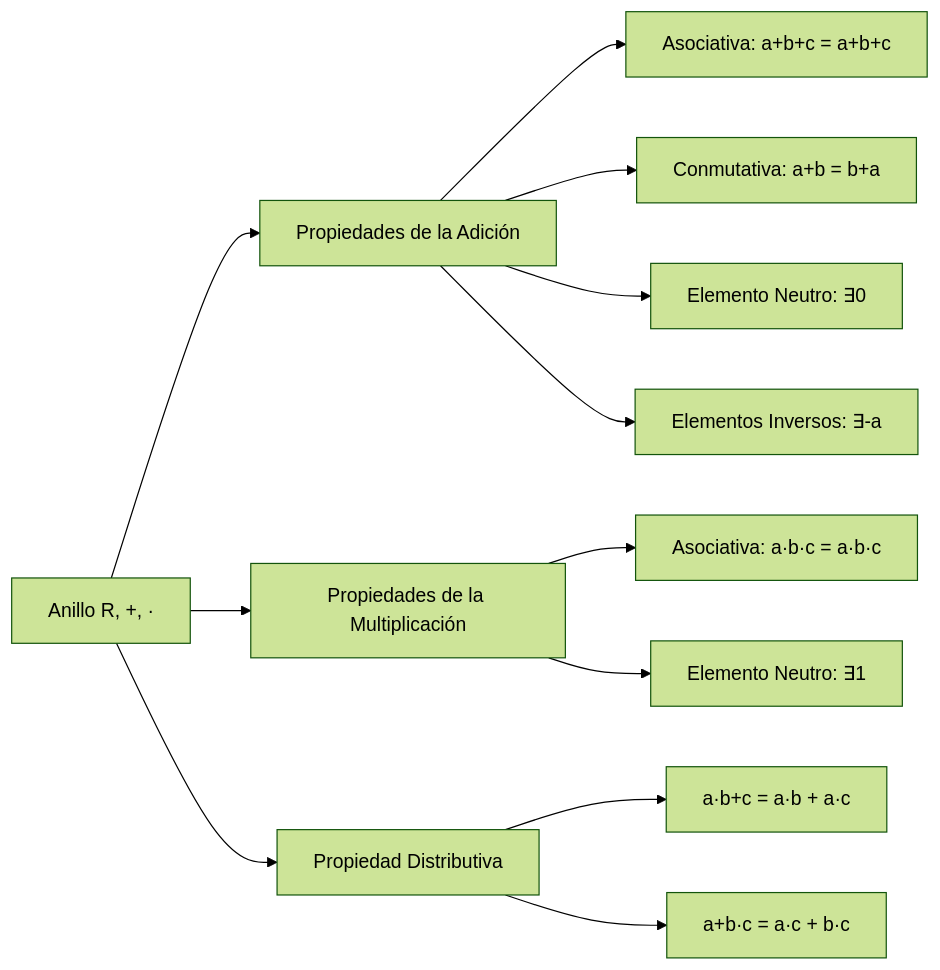
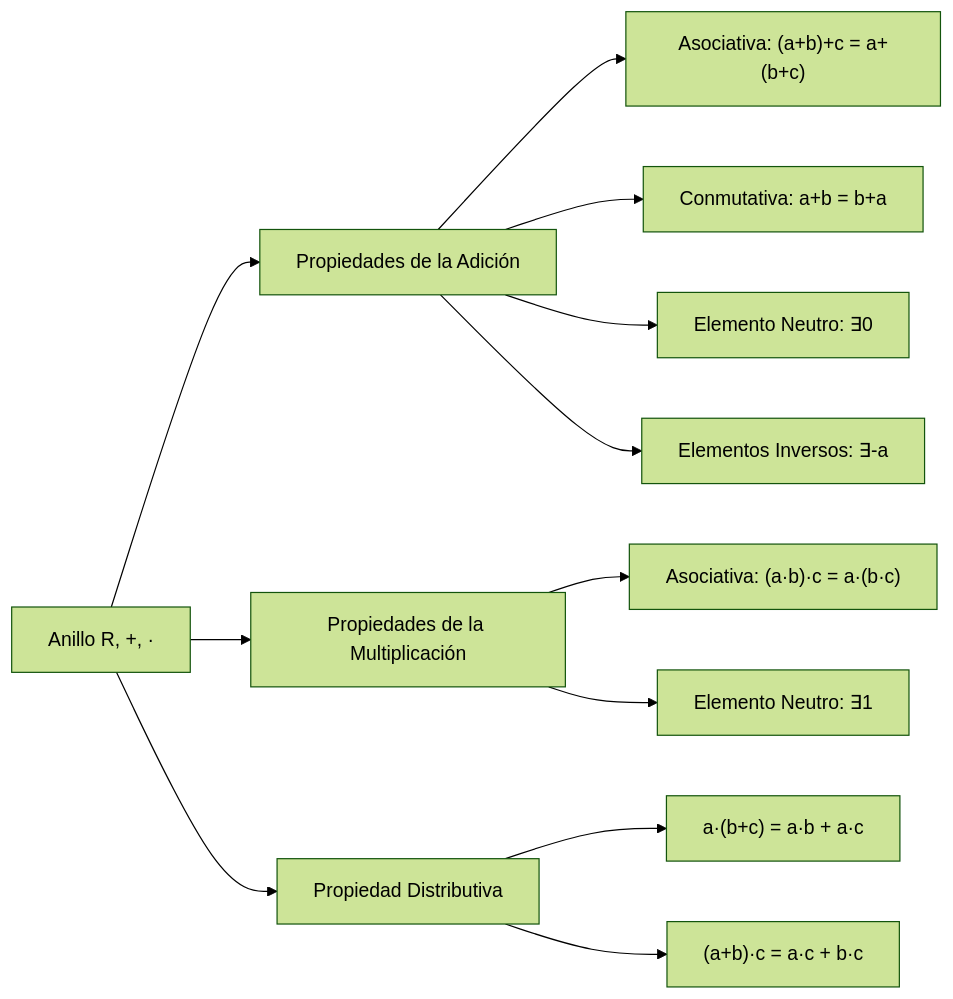
The first of 2 diagrams in public/documents/semester-2/1/2111.md (djaimej/computer-science-template), drawn with Mermaid (forest theme) before and after one commit. The commit also changed other lines of this file and 21 other files, not shown here.

````diff
--- a/public/documents/semester-2/1/2111.md
+++ b/public/documents/semester-2/1/2111.md
@@ -121,19 +121,19 @@
 ```mermaid
 graph LR
     A[Anillo R, +, ·] --> B[Propiedades de la Adición]
     A --> C[Propiedades de la Multiplicación]
     A --> D[Propiedad Distributiva]
 
-    B --> E[Asociativa: a+b+c = a+b+c]
+    B --> E["Asociativa: (a+b)+c = a+(b+c)"]
     B --> F[Conmutativa: a+b = b+a]
     B --> G[Elemento Neutro: ∃0]
     B --> H[Elementos Inversos: ∃-a]
 
-    C --> I[Asociativa: a·b·c = a·b·c]
+    C --> I["Asociativa: (a·b)·c = a·(b·c)"]
     C --> J[Elemento Neutro: ∃1]
 
-    D --> K[a·b+c = a·b + a·c]
-    D --> L[a+b·c = a·c + b·c]
+    D --> K["a·(b+c) = a·b + a·c"]
+    D --> L["(a+b)·c = a·c + b·c"]
 
     A:::accent
 ```
````
